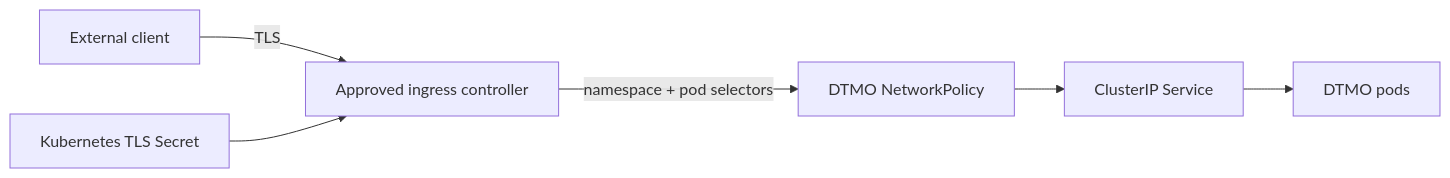
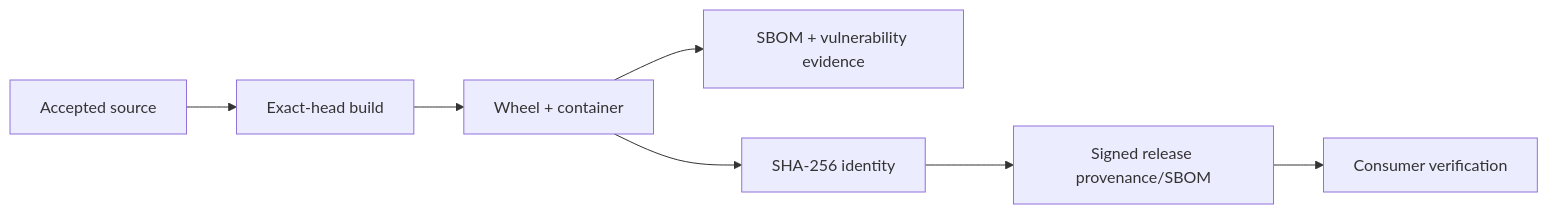
Before and after one commit to GJvManen/dtmo: the diagram in docs/project/EXECUTIVE_STATUS.md, drawn with Mermaid. The commit also changed other lines of this file, not shown here.

````diff
--- a/docs/project/EXECUTIVE_STATUS.md
+++ b/docs/project/EXECUTIVE_STATUS.md
@@ -35,8 +31,9 @@
 ```mermaid
 flowchart LR
-    C[External client] -->|TLS| I[Approved ingress controller]
-    T[Kubernetes TLS Secret] --> I
-    I -->|namespace + pod selectors| N[DTMO NetworkPolicy]
-    N --> S[ClusterIP Service]
-    S --> P[DTMO pods]
+    S[Accepted source] --> B[Exact-head build]
+    B --> A[Wheel + container]
+    A --> SB[SBOM + vulnerability evidence]
+    A --> H[SHA-256 identity]
+    H --> P[Signed release provenance/SBOM]
+    P --> V[Consumer verification]
 ```
````
